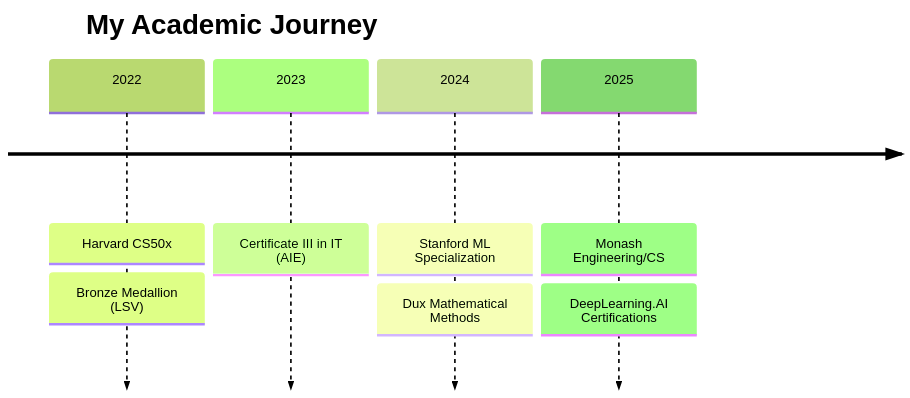
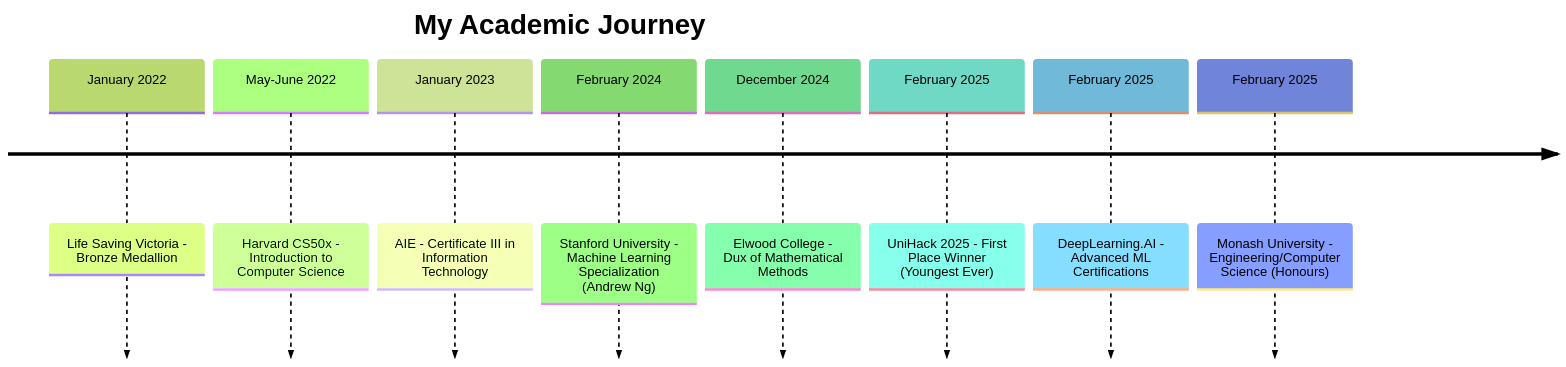
One commit to LucaLow/LucaLow changed the diagram in README.md. Above: the diagram before and after it, drawn with Mermaid (forest theme). The commit also changed other lines of this file, not shown here.

````diff
--- a/README.md
+++ b/README.md
@@ -110,8 +114,12 @@
 ```mermaid
 timeline
     title My Academic Journey
-    2022 : Harvard CS50x : Bronze Medallion (LSV)
-    2023 : Certificate III in IT (AIE)
-    2024 : Stanford ML Specialization : Dux Mathematical Methods
-    2025 : Monash Engineering/CS : DeepLearning.AI Certifications
+    January 2022 : Life Saving Victoria - Bronze Medallion
+    May-June 2022 : Harvard CS50x - Introduction to Computer Science
+    January 2023 : AIE - Certificate III in Information Technology
+    February 2024 : Stanford University - Machine Learning Specialization (Andrew Ng)
+    December 2024 : Elwood College - Dux of Mathematical Methods
+    February 2025 : UniHack 2025 - First Place Winner (Youngest Ever)
+    February 2025 : DeepLearning.AI - Advanced ML Certifications
+    February 2025 : Monash University - Engineering/Computer Science (Honours)
 ```
````
